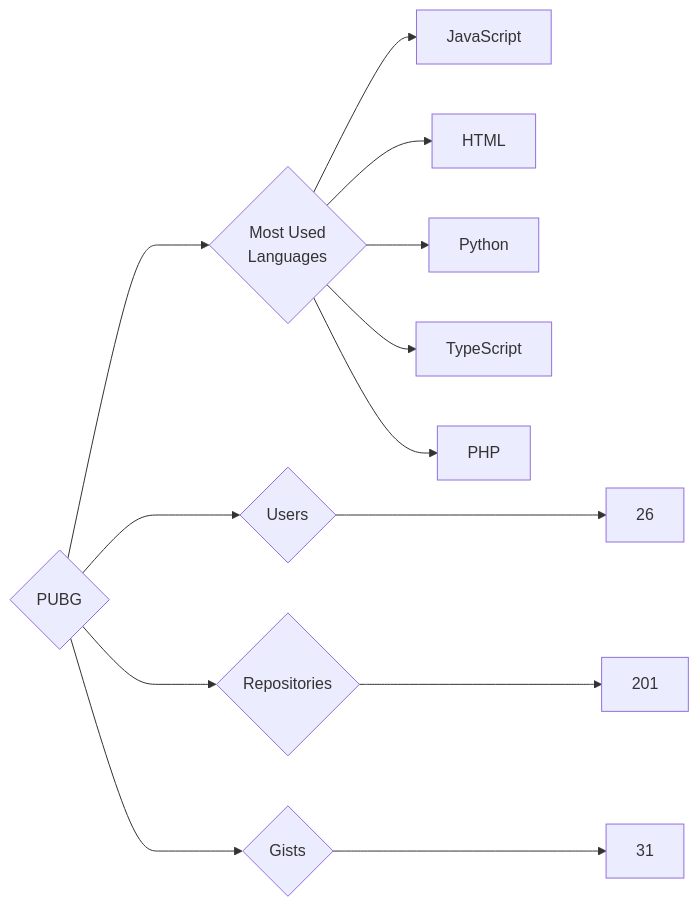
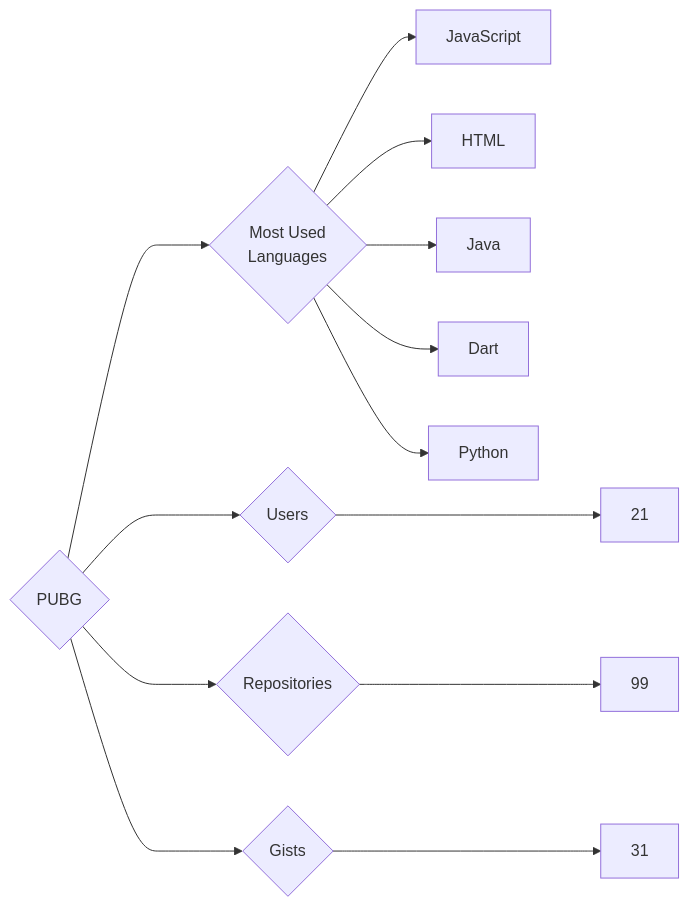
One commit to trickest/insiders changed the diagram in targets/PUBG/README.md. Above: the diagram before and after it, drawn with Mermaid. The commit also changed 1011 other files, not shown here.

````diff
--- a/targets/PUBG/README.md
+++ b/targets/PUBG/README.md
@@ -3,13 +3,13 @@
 ```mermaid
 graph LR
 COMPANY_NAME{PUBG}
-COMPANY_NAME ---> U{Users} ---> UN[26]
-COMPANY_NAME ---> R{Repositories} ---> RN[201]
+COMPANY_NAME ---> U{Users} ---> UN[21]
+COMPANY_NAME ---> R{Repositories} ---> RN[99]
 COMPANY_NAME ---> G{Gists} ---> GN[31]
 COMPANY_NAME ---> ML{Most Used<br>Languages}
 ML --> JavaScript[JavaScript]
 ML --> HTML[HTML]
+ML --> Java[Java]
+ML --> Dart[Dart]
 ML --> Python[Python]
-ML --> TypeScript[TypeScript]
-ML --> PHP[PHP]
 ```
````
